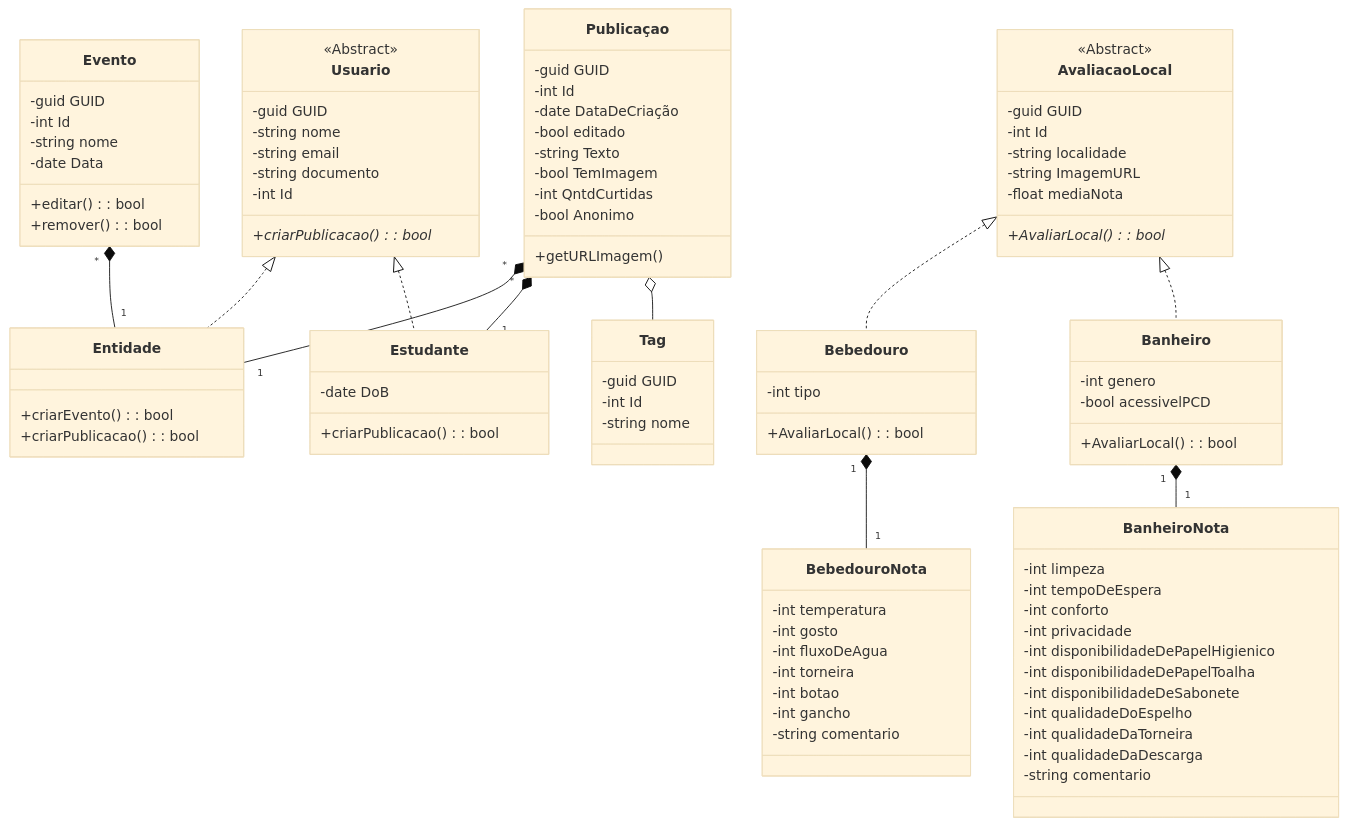
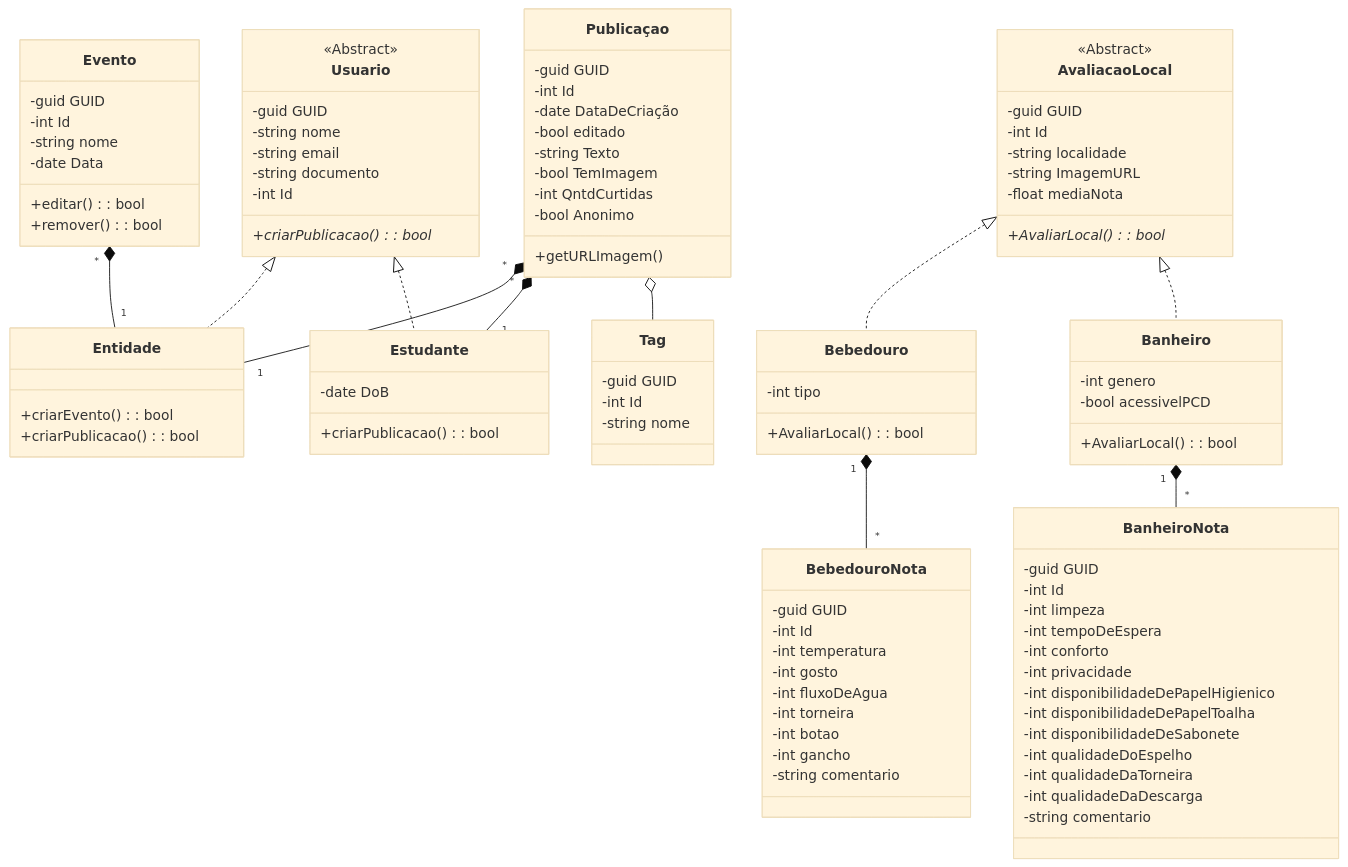
Before and after one commit to SSparks31/EngSoft: the diagram in ClassDiagram.md, drawn with Mermaid (base theme).

```diff
--- a/ClassDiagram.md
+++ b/ClassDiagram.md
@@ -10,8 +10,8 @@
     Evento "*" *-- "1" Entidade
     AvaliacaoLocal <|..  Bebedouro
     AvaliacaoLocal <|.. Banheiro
-    Bebedouro "1" *-- "1" BebedouroNota
-    Banheiro "1" *-- "1" BanheiroNota
+    Bebedouro "1" *-- "*" BebedouroNota
+    Banheiro "1" *-- "*" BanheiroNota
 
     <<Abstract>> Usuario
     <<Abstract>> AvaliacaoLocal
@@ -83,6 +83,8 @@
     }
 
     class BebedouroNota{
+      -guid GUID
+      -int Id
       -int temperatura
       -int gosto
       -int fluxoDeAgua
@@ -94,6 +96,8 @@
     }
 
     class BanheiroNota{
+      -guid GUID
+      -int Id
       -int limpeza
       -int tempoDeEspera
       -int conforto
```
